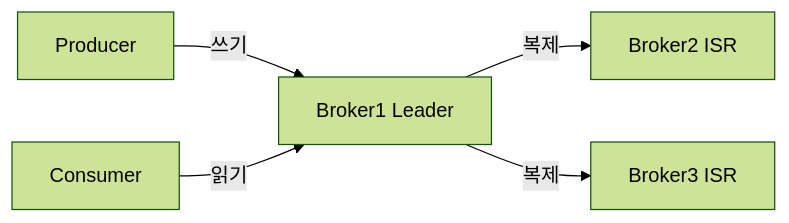
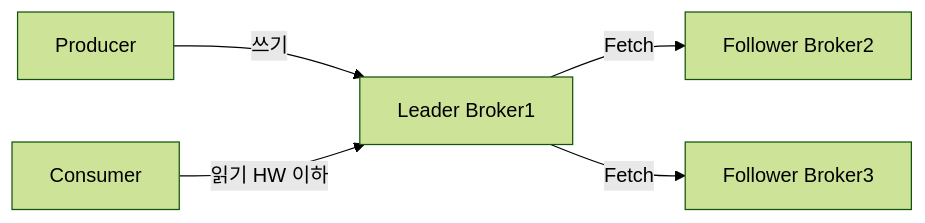
Before and after one commit to yjkim2015/yjkim2015.github.io: the first of 5 diagrams in _posts/kafka/2026-05-01-kafka-replication.md, drawn with Mermaid (forest theme). The commit also changed other lines of this file and 4 other files, not shown here.

````diff
--- a/_posts/kafka/2026-05-01-kafka-replication.md
+++ b/_posts/kafka/2026-05-01-kafka-replication.md
@@ -24,7 +24,7 @@
 ```mermaid
 graph LR
-    PROD[Producer] -->|쓰기| L["Broker1 Leader"]
-    L -->|복제| F1["Broker2 ISR"]
-    L -->|복제| F2["Broker3 ISR"]
-    CONS[Consumer] -->|읽기| L
+    P[Producer] -->|쓰기| L["Leader Broker1"]
+    L -->|Fetch| F1["Follower Broker2"]
+    L -->|Fetch| F2["Follower Broker3"]
+    C[Consumer] -->|읽기 HW 이하| L
 ```
````
